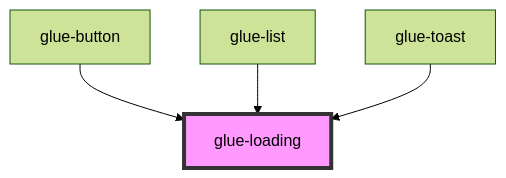
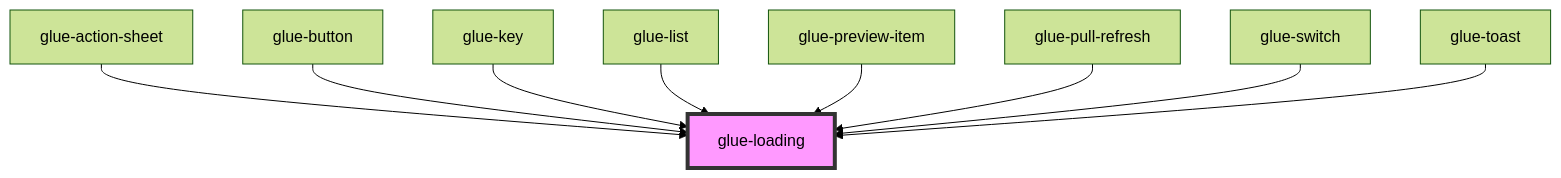
Before and after one commit to grasilife/glue: the diagram in packages/glue-components/src/components/glue-loading/readme.md, drawn with Mermaid (forest theme). The commit also changed other lines of this file and 71 other files, not shown here.

````diff
--- a/packages/glue-components/src/components/glue-loading/readme.md
+++ b/packages/glue-components/src/components/glue-loading/readme.md
@@ -29,7 +34,12 @@
 ```mermaid
 graph TD;
+  glue-action-sheet --> glue-loading
   glue-button --> glue-loading
+  glue-key --> glue-loading
   glue-list --> glue-loading
+  glue-preview-item --> glue-loading
+  glue-pull-refresh --> glue-loading
+  glue-switch --> glue-loading
   glue-toast --> glue-loading
   style glue-loading fill:#f9f,stroke:#333,stroke-width:4px
 ```
````
